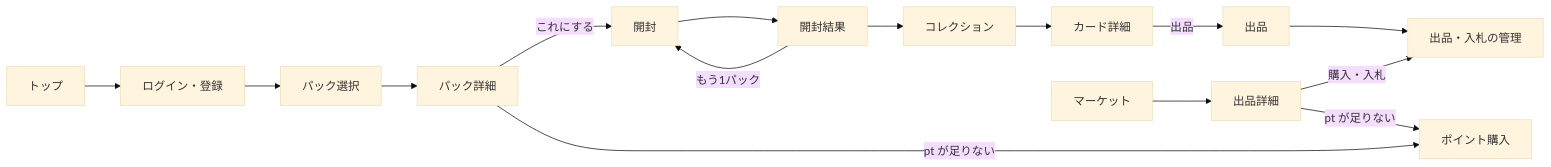
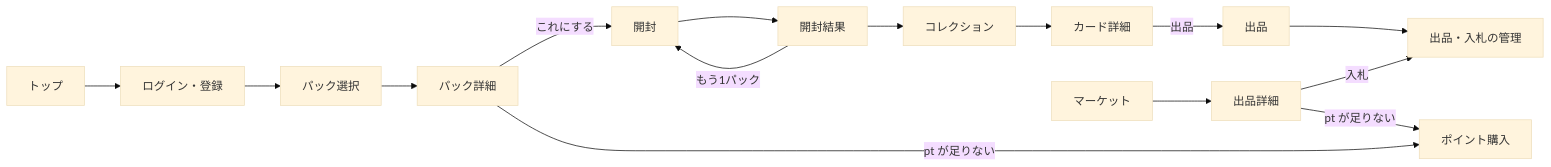
The diagram in docs/design/screens.md (matsupiee/wiki-collection), drawn with Mermaid (base theme) before and after one commit. The commit also changed other lines of this file and 131 other files, not shown here.

````diff
--- a/docs/design/screens.md
+++ b/docs/design/screens.md
@@ -20,17 +20,17 @@
 ```mermaid
 flowchart LR
   LP[トップ] --> Login[ログイン・登録]
   Login --> Home[パック選択]
   Home --> PackDetail[パック詳細]
   PackDetail -->|これにする| Rip[開封]
   Rip --> Result[開封結果]
   Result -->|もう1パック| Rip
   Result --> Collection[コレクション]
   Collection --> CardDetail[カード詳細]
   CardDetail -->|出品| Sell[出品]
   Sell --> MyListings[出品・入札の管理]
   Market[マーケット] --> Listing[出品詳細]
-  Listing -->|購入・入札| MyListings
+  Listing -->|入札| MyListings
   PackDetail -->|pt が足りない| Shop[ポイント購入]
   Listing -->|pt が足りない| Shop
 ```
````
